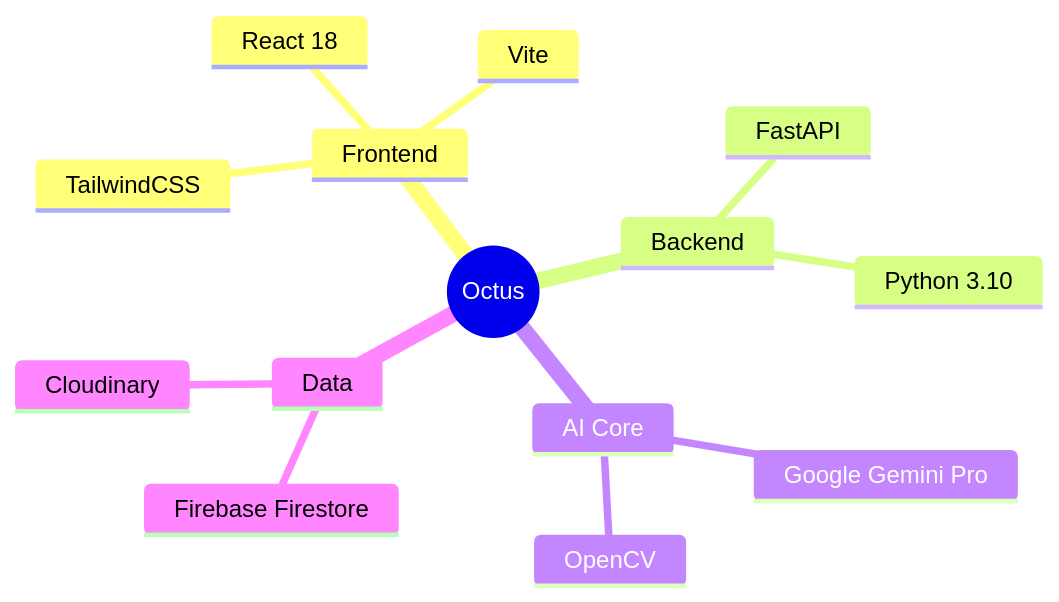
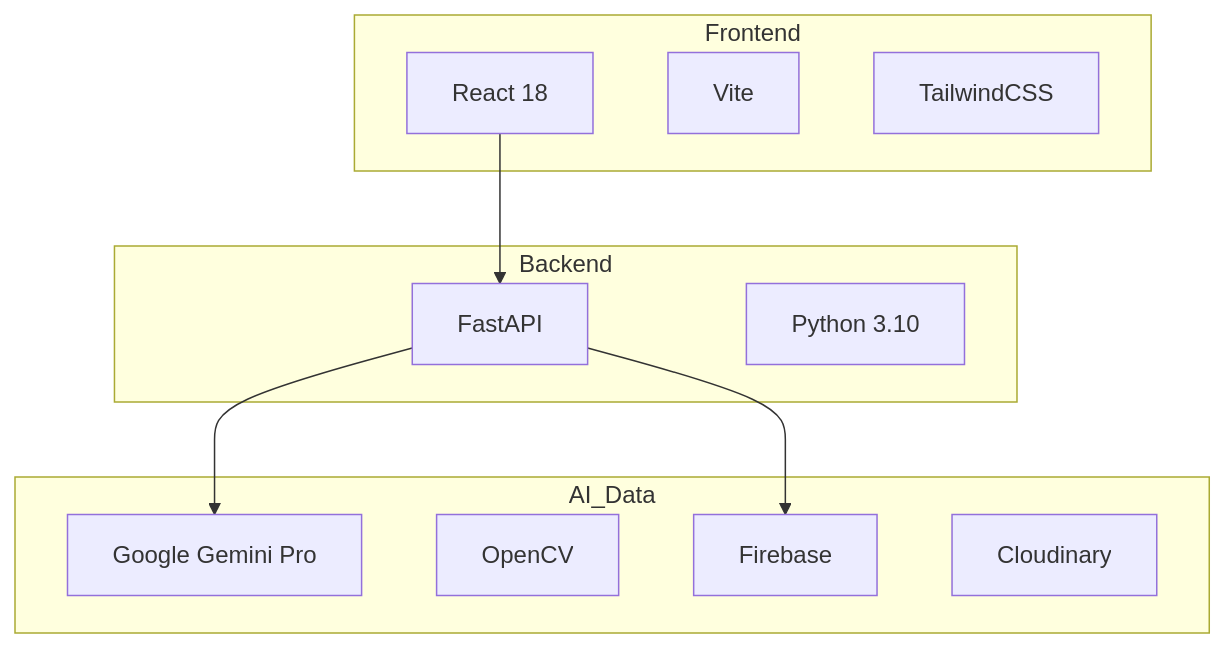
One commit to PATTASWAMY-VISHWAK-YASASHREE/octus changed the second of 3 diagrams in README.md. Above: the diagram before and after it, drawn with Mermaid. The commit also changed other lines of this file, not shown here.

````diff
--- a/README.md
+++ b/README.md
@@ -51,17 +51,24 @@
 ```mermaid
-mindmap
-  root((Octus))
-    Frontend
-      React 18
-      Vite
-      TailwindCSS
-    Backend
-      FastAPI
-      Python 3.10
-    AI Core
-      Google Gemini Pro
-      OpenCV
-    Data
-      Firebase Firestore
-      Cloudinary
+graph TD
+    subgraph Frontend
+        React[React 18]
+        Vite[Vite]
+        TW[TailwindCSS]
+    end
+    
+    subgraph Backend
+        Fast[FastAPI]
+        Py[Python 3.10]
+    end
+    
+    subgraph AI_Data
+        Gem[Google Gemini Pro]
+        CV[OpenCV]
+        FB[Firebase]
+        Cloud[Cloudinary]
+    end
+
+    React --> Fast
+    Fast --> Gem
+    Fast --> FB
 ```
````
